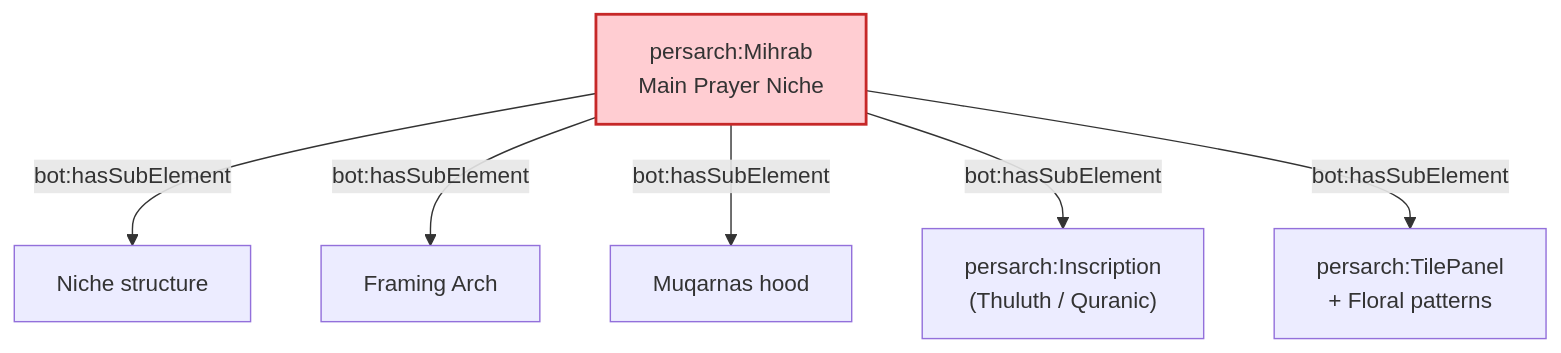
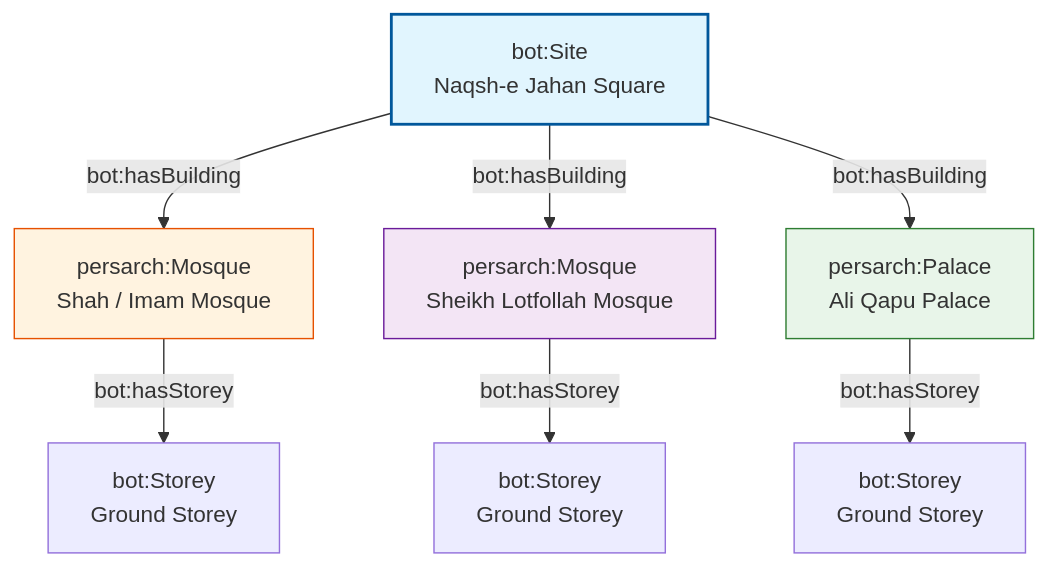
One commit to MehranDHN/persarch changed the fourth of 4 diagrams in README.md. Above: the diagram before and after it, drawn with Mermaid. The commit also changed other lines of this file, not shown here.

````diff
--- a/README.md
+++ b/README.md
@@ -271,12 +276,17 @@
 ```mermaid
 graph TD
-    Mihrab["persarch:Mihrab<br/>Main Prayer Niche"]
-    
-    Mihrab -->|bot:hasSubElement| Niche["Niche structure"]
-    Mihrab -->|bot:hasSubElement| Arch["Framing Arch"]
-    Mihrab -->|bot:hasSubElement| Muqarnas["Muqarnas hood"]
-    Mihrab -->|bot:hasSubElement| Inscription["persarch:Inscription<br/>(Thuluth / Quranic)"]
-    Mihrab -->|bot:hasSubElement| Tile["persarch:TilePanel<br/>+ Floral patterns"]
+    Site["bot:Site<br/>Naqsh-e Jahan Square"]
 
-    style Mihrab fill:#ffcdd2,stroke:#c62828,stroke-width:2px
+    Site -->|bot:hasBuilding| Shah["persarch:Mosque<br/>Shah / Imam Mosque"]
+    Site -->|bot:hasBuilding| Lotfollah["persarch:Mosque<br/>Sheikh Lotfollah Mosque"]
+    Site -->|bot:hasBuilding| AliQapu["persarch:Palace<br/>Ali Qapu Palace"]
+
+    Shah -->|bot:hasStorey| ShahGS["bot:Storey<br/>Ground Storey"]
+    Lotfollah -->|bot:hasStorey| LotfGS["bot:Storey<br/>Ground Storey"]
+    AliQapu -->|bot:hasStorey| AQGS["bot:Storey<br/>Ground Storey"]
+
+    style Site fill:#e1f5fe,stroke:#01579b,stroke-width:2px
+    style Shah fill:#fff3e0,stroke:#e65100
+    style Lotfollah fill:#f3e5f5,stroke:#6a1b9a
+    style AliQapu fill:#e8f5e9,stroke:#2e7d32
 ```
````
